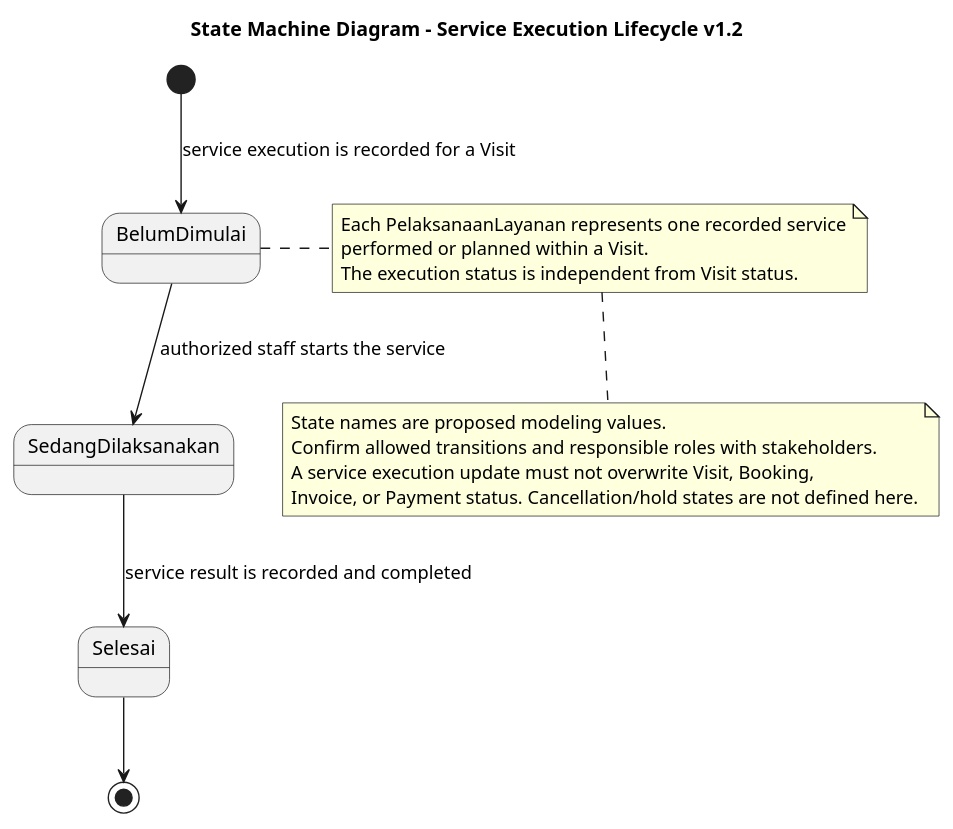
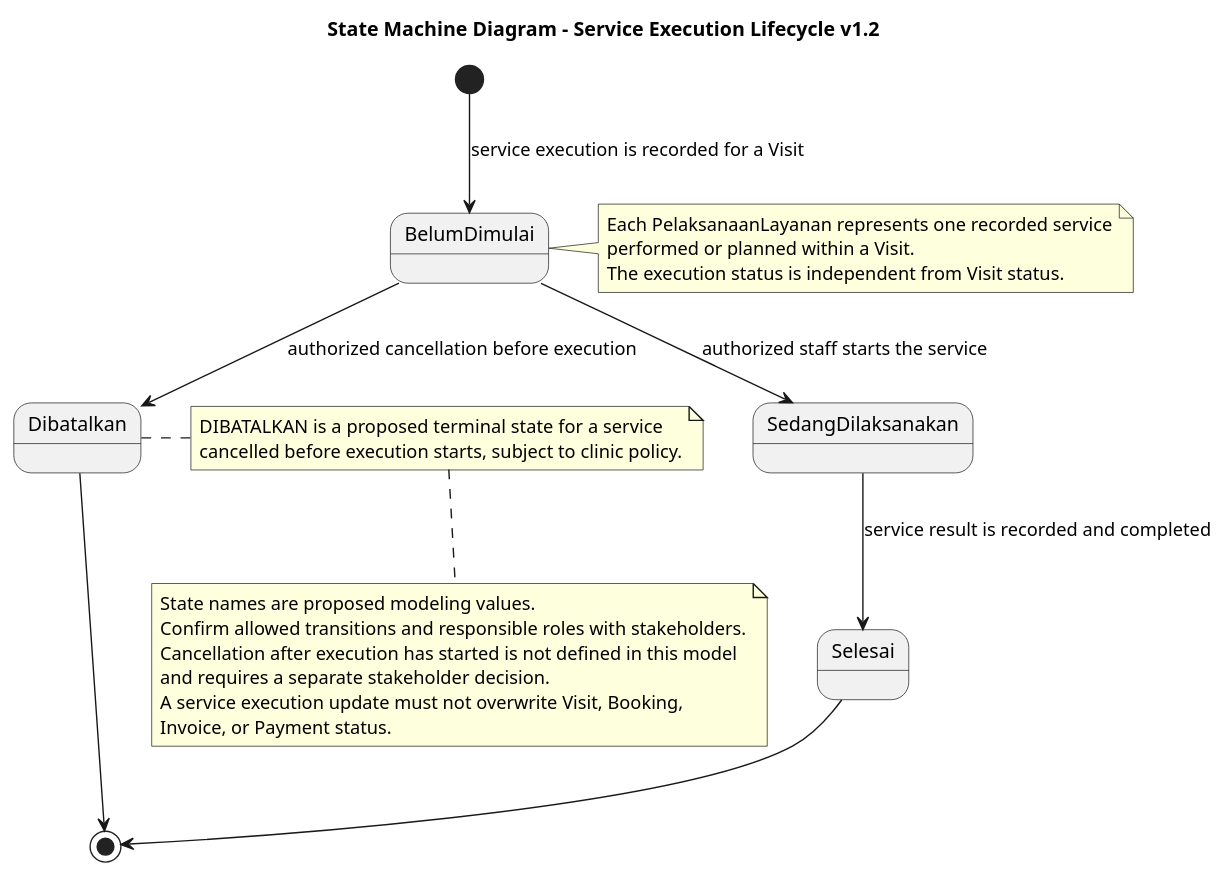
Before and after one commit to anggitasilmyy/rabbitcare-system-analysis: the diagram in plantuml/refinement/23_state_service_execution_v1.2.puml, drawn with PlantUML. The commit also changed 4 other files, not shown here.

```diff
--- a/plantuml/refinement/23_state_service_execution_v1.2.puml
+++ b/plantuml/refinement/23_state_service_execution_v1.2.puml
@@ -1,23 +1,32 @@
 @startuml
 skinparam shadowing false
 title State Machine Diagram - Service Execution Lifecycle v1.2
 
 [*] --> BelumDimulai : service execution is recorded for a Visit
 BelumDimulai --> SedangDilaksanakan : authorized staff starts the service
+BelumDimulai --> Dibatalkan : authorized cancellation before execution
 SedangDilaksanakan --> Selesai : service result is recorded and completed
 
 Selesai --> [*]
+Dibatalkan --> [*]
 
 note right of BelumDimulai
   Each PelaksanaanLayanan represents one recorded service
   performed or planned within a Visit.
   The execution status is independent from Visit status.
 end note
 
+note right of Dibatalkan
+  DIBATALKAN is a proposed terminal state for a service
+  cancelled before execution starts, subject to clinic policy.
+end note
+
 note bottom
   State names are proposed modeling values.
   Confirm allowed transitions and responsible roles with stakeholders.
+  Cancellation after execution has started is not defined in this model
+  and requires a separate stakeholder decision.
   A service execution update must not overwrite Visit, Booking,
-  Invoice, or Payment status. Cancellation/hold states are not defined here.
+  Invoice, or Payment status.
 end note
 @enduml
```
